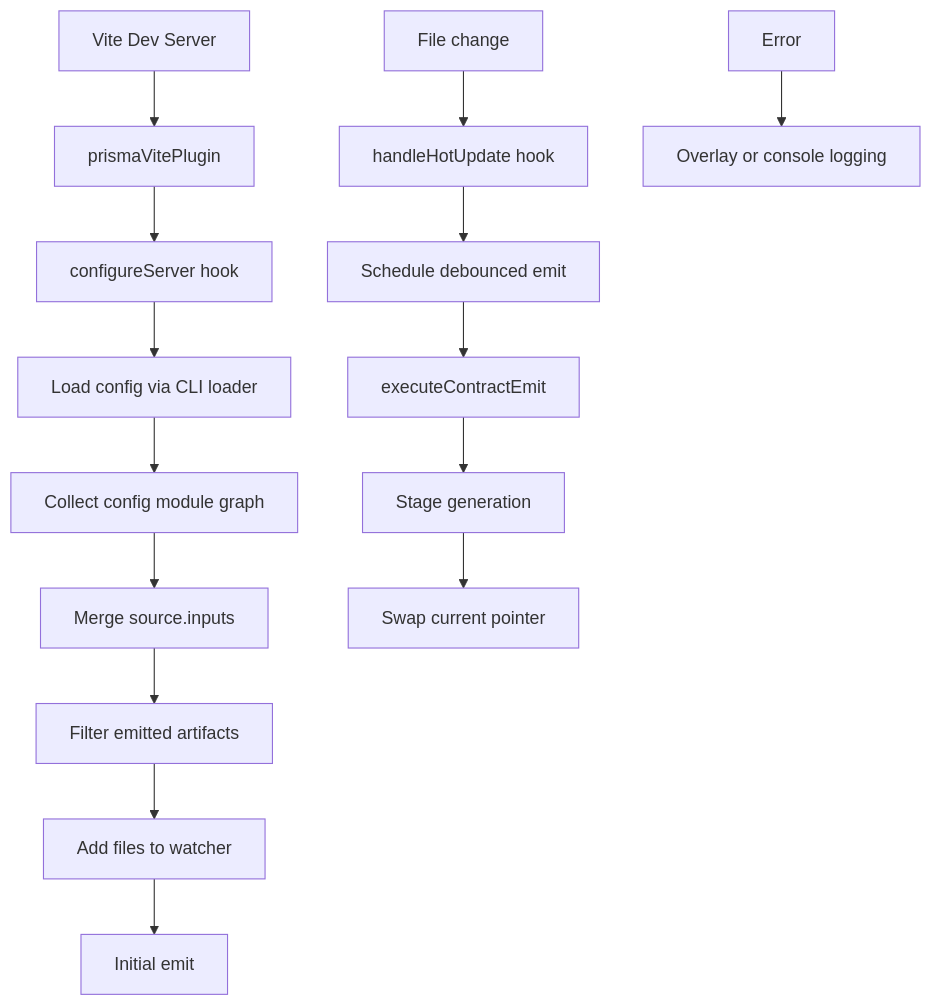
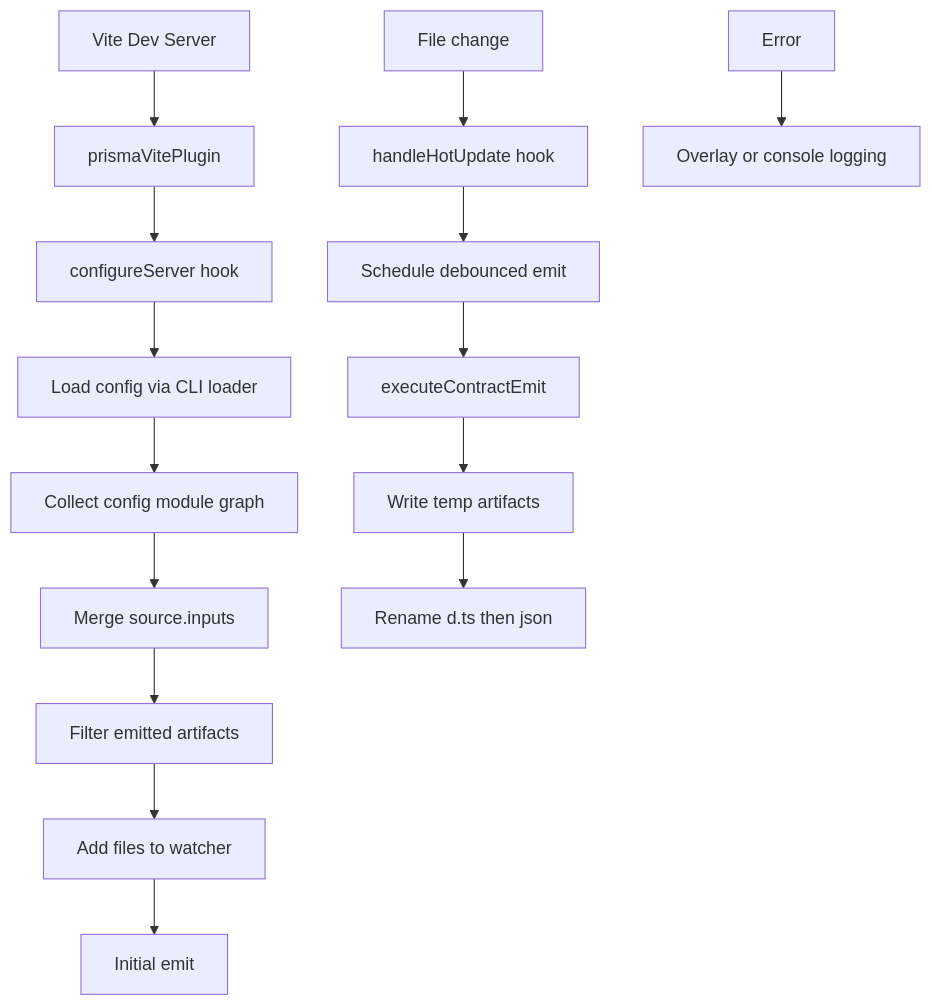
One commit to prisma/prisma-next changed the diagram in packages/1-framework/3-tooling/vite-plugin-contract-emit/README.md. Above: the diagram before and after it, drawn with Mermaid. The commit also changed other lines of this file and 2 other files, not shown here.

Commit message:
fix(cli): remove managed contract publication

````diff
--- a/packages/1-framework/3-tooling/vite-plugin-contract-emit/README.md
+++ b/packages/1-framework/3-tooling/vite-plugin-contract-emit/README.md
@@ -77,19 +77,19 @@
 ```mermaid
 graph TD
     A[Vite Dev Server] --> B[prismaVitePlugin]
     B --> C[configureServer hook]
     C --> D[Load config via CLI loader]
     D --> E[Collect config module graph]
     E --> F[Merge source.inputs]
     F --> G[Filter emitted artifacts]
     G --> H[Add files to watcher]
     H --> I[Initial emit]
     
     J[File change] --> K[handleHotUpdate hook]
     K --> L[Schedule debounced emit]
     L --> M[executeContractEmit]
-    M --> N[Stage generation]
-    N --> O[Swap current pointer]
+    M --> N[Write temp artifacts]
+    N --> O[Rename d.ts then json]
 
     P[Error] --> Q[Overlay or console logging]
 ```
````
